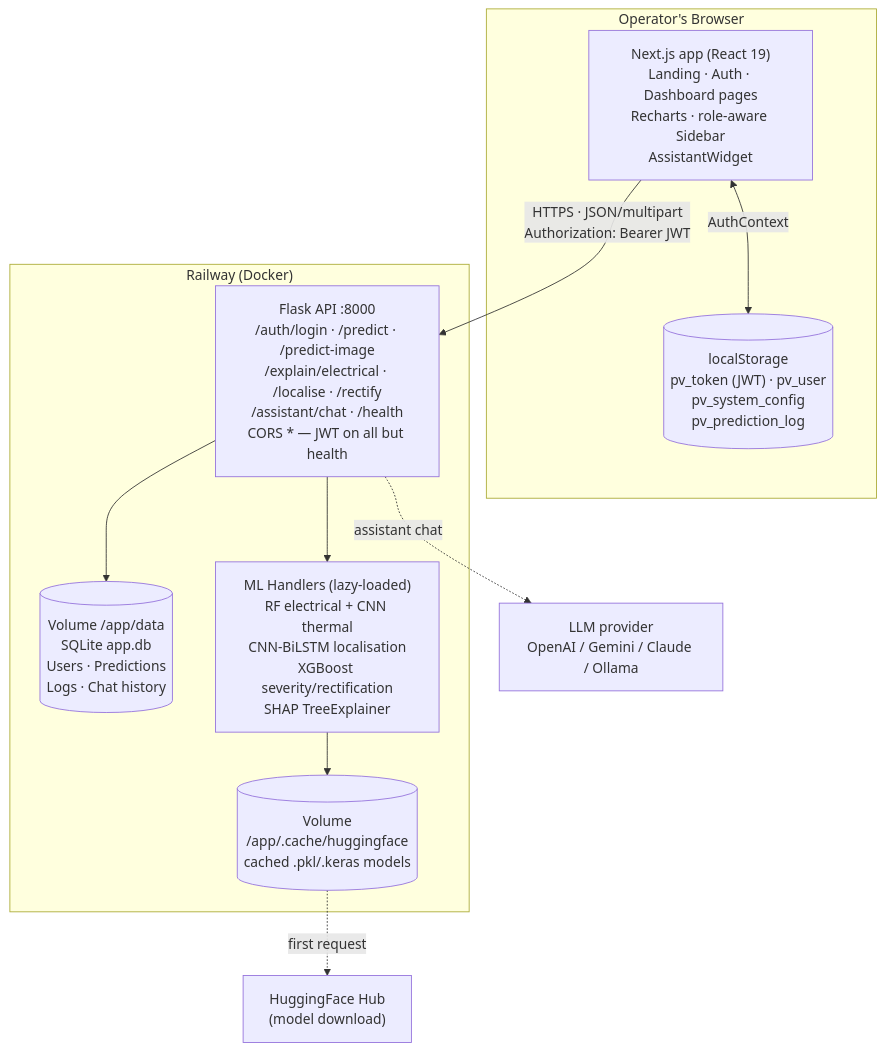
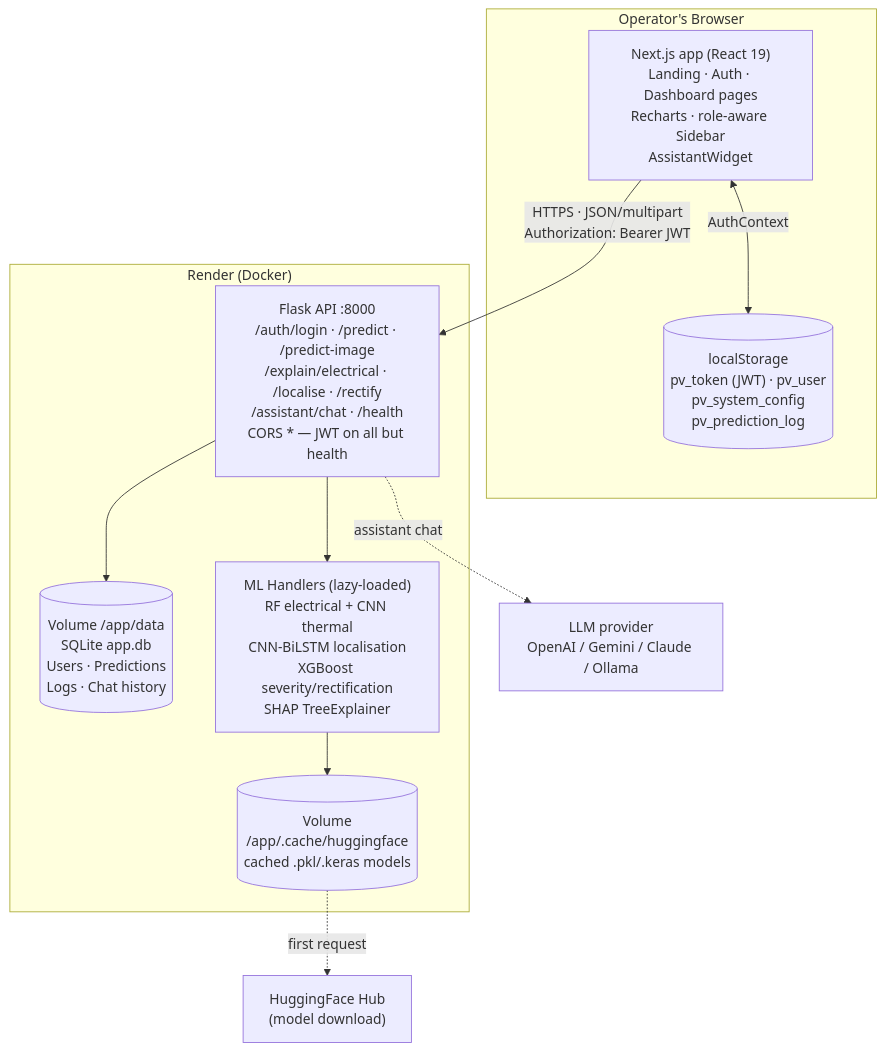
One commit to thamadhi/solar-panel-fault-mapping changed the diagram in docs/architecture.md. Above: the diagram before and after it, drawn with Mermaid. The commit also changed other lines of this file and 7 other files, not shown here.

````diff
--- a/docs/architecture.md
+++ b/docs/architecture.md
@@ -39,27 +39,27 @@
 ```mermaid
 flowchart TB
     subgraph browser["Operator's Browser"]
         UI["Next.js app (React 19)<br/>Landing · Auth · Dashboard pages<br/>Recharts · role-aware Sidebar<br/>AssistantWidget"]
         LS[("localStorage<br/>pv_token (JWT) · pv_user<br/>pv_system_config<br/>pv_prediction_log")]
     end
 
     UI <-->|"AuthContext"| LS
     UI -->|"HTTPS · JSON/multipart<br/>Authorization: Bearer JWT"| API
 
-    subgraph railway["Railway (Docker)"]
+    subgraph render["Render (Docker)"]
         API["Flask API :8000<br/>/auth/login · /predict · /predict-image<br/>/explain/electrical · /localise · /rectify<br/>/assistant/chat · /health<br/>CORS * — JWT on all but health"]
         DB[("Volume /app/data<br/>SQLite app.db<br/>Users · Predictions<br/>Logs · Chat history")]
         HF_CACHE[("Volume<br/>/app/.cache/huggingface<br/>cached .pkl/.keras models")]
         HANDLERS["ML Handlers (lazy-loaded)<br/>RF electrical + CNN thermal<br/>CNN-BiLSTM localisation<br/>XGBoost severity/rectification<br/>SHAP TreeExplainer"]
     end
 
     API --> DB
     API --> HANDLERS
     HANDLERS --> HF_CACHE
 
     HUB["HuggingFace Hub<br/>(model download)"]
     LLM["LLM provider<br/>OpenAI / Gemini / Claude / Ollama"]
 
     HF_CACHE -.->|first request| HUB
     API -.->|"assistant chat"| LLM
 ```
````
